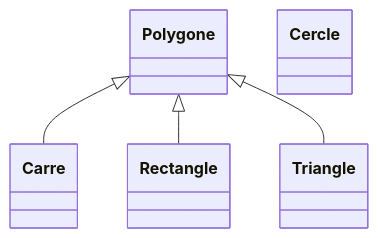
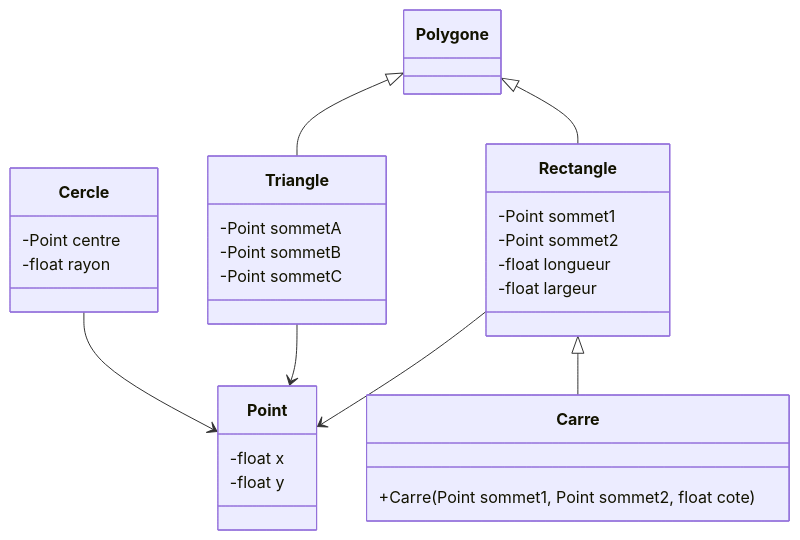
One commit to Am0L0/POO-prosit_3 changed the diagram in README.md. Above: the diagram before and after it, drawn with Mermaid.

Commit message:
ajout attributs classes et classe point

````diff
--- a/README.md
+++ b/README.md
@@ -12,26 +12,39 @@
 ```mermaid
 classDiagram
+    class Point {
+        -float x
+        -float y
+    }
+
     class Polygone {
-        
     }
 
     class Cercle {
-
+        -Point centre
+        -float rayon
     }
 
     class Carre {
-
+        +Carre(Point sommet1, Point sommet2, float cote)
     }
 
     class Rectangle {
-
+        -Point sommet1
+        -Point sommet2
+        -float longueur
+        -float largeur
     }
 
     class Triangle {
+        -Point sommetA
+        -Point sommetB
+        -Point sommetC
+    }
 
-    }
-    
-    Polygone <|-- Carre
+    Rectangle <|-- Carre
     Polygone <|-- Rectangle
     Polygone <|-- Triangle
+    Cercle --> Point
+    Rectangle --> Point
+    Triangle --> Point
 ```
````
